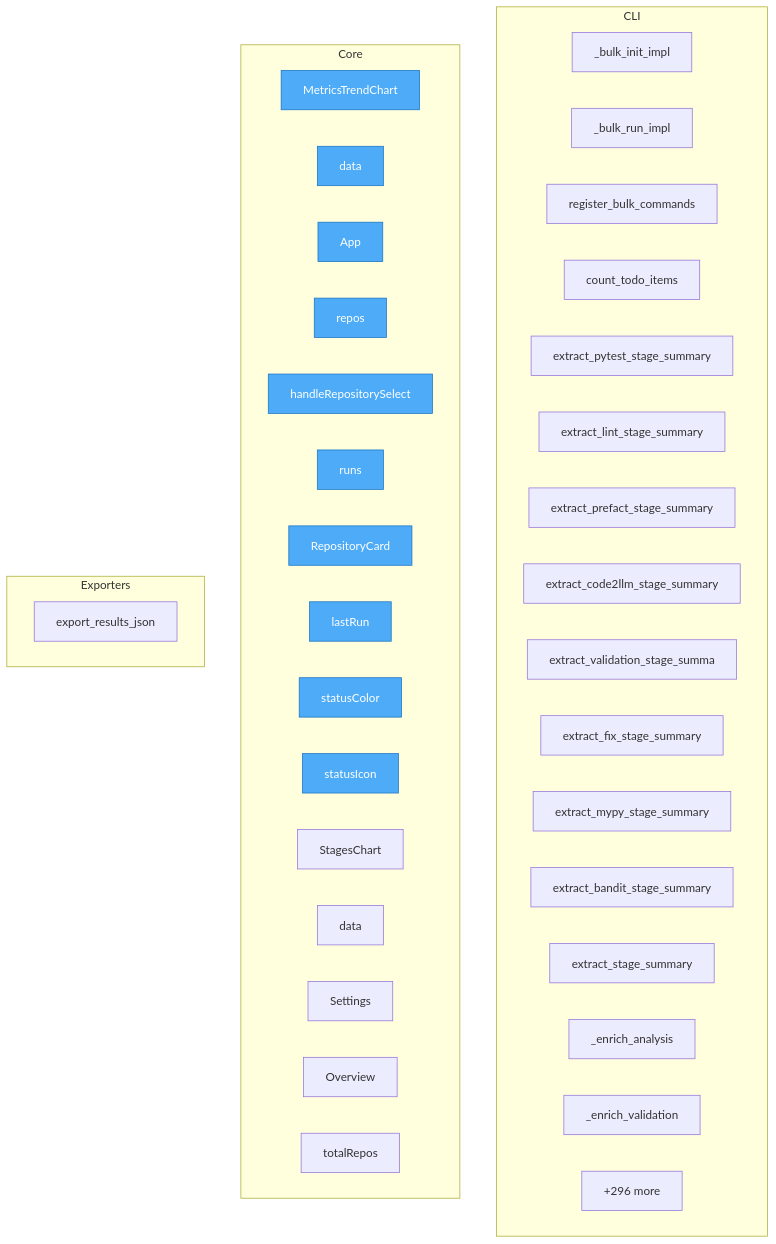
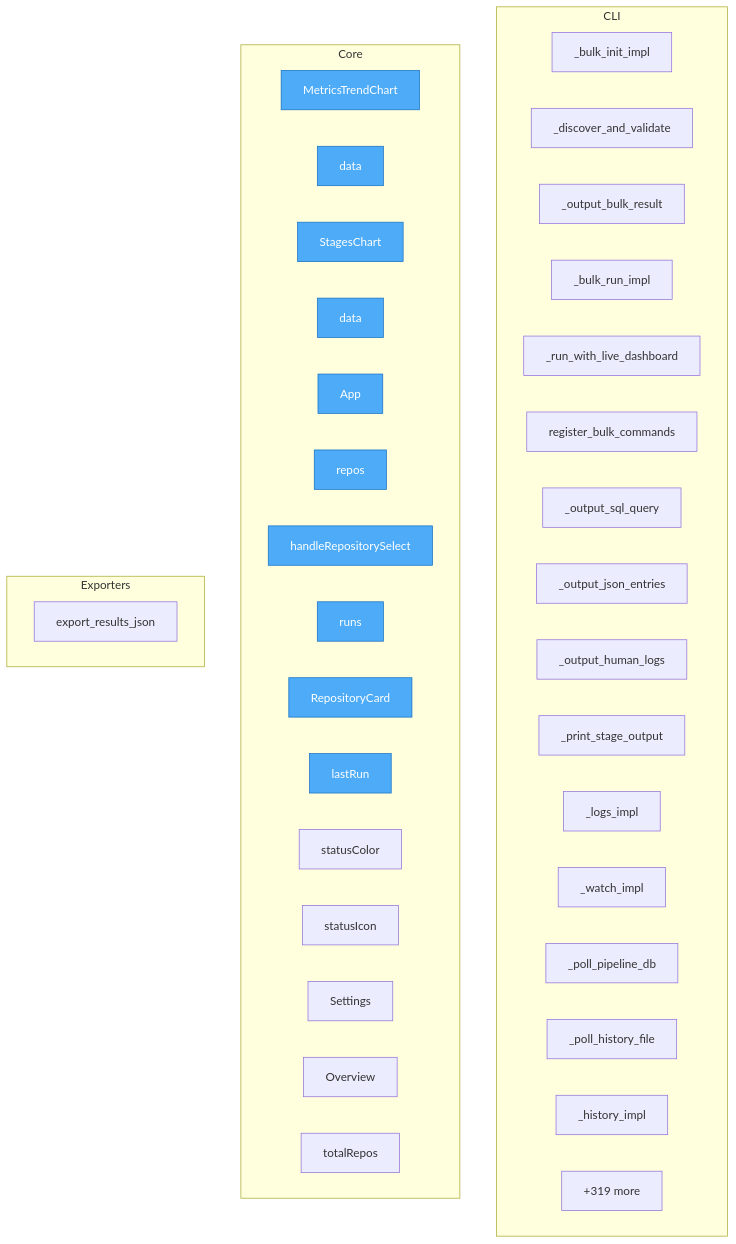
One commit to semcod/pyqual changed the diagram in project/flow.mmd. Above: the diagram before and after it, drawn with Mermaid. The commit also changed 94 other files, not shown here.

```diff
--- a/project/flow.mmd
+++ b/project/flow.mmd
@@ -1,48 +1,48 @@
 flowchart TD
 
     %% Entry points (blue)
     classDef entry fill:#4dabf7,stroke:#1971c2,color:#fff
 
     subgraph CLI
         pyqual__cli_bulk_cmds___bulk_init_impl["_bulk_init_impl"]
+        pyqual__cli_bulk_cmds___discover_and_validate["_discover_and_validate"]
+        pyqual__cli_bulk_cmds___output_bulk_result["_output_bulk_result"]
         pyqual__cli_bulk_cmds___bulk_run_impl["_bulk_run_impl"]
+        pyqual__cli_bulk_cmds___run_with_live_dashboard["_run_with_live_dashboard"]
         pyqual__cli_bulk_cmds__register_bulk_commands["register_bulk_commands"]
-        pyqual__cli_run_helpers__count_todo_items["count_todo_items"]
-        pyqual__cli_run_helpers__extract_pytest_stage_summary["extract_pytest_stage_summary"]
-        pyqual__cli_run_helpers__extract_lint_stage_summary["extract_lint_stage_summary"]
-        pyqual__cli_run_helpers__extract_prefact_stage_summary["extract_prefact_stage_summary"]
-        pyqual__cli_run_helpers__extract_code2llm_stage_summary["extract_code2llm_stage_summary"]
-        pyqual__cli_run_helpers__extract_validation_stage_summary["extract_validation_stage_summa"]
-        pyqual__cli_run_helpers__extract_fix_stage_summary["extract_fix_stage_summary"]
-        pyqual__cli_run_helpers__extract_mypy_stage_summary["extract_mypy_stage_summary"]
-        pyqual__cli_run_helpers__extract_bandit_stage_summary["extract_bandit_stage_summary"]
-        pyqual__cli_run_helpers__extract_stage_summary["extract_stage_summary"]
-        pyqual__cli_run_helpers___enrich_analysis["_enrich_analysis"]
-        pyqual__cli_run_helpers___enrich_validation["_enrich_validation"]
-        ...["+70 more"]
+        pyqual__cli_observe___output_sql_query["_output_sql_query"]
+        pyqual__cli_observe___output_json_entries["_output_json_entries"]
+        pyqual__cli_observe___output_human_logs["_output_human_logs"]
+        pyqual__cli_observe___print_stage_output["_print_stage_output"]
+        pyqual__cli_observe___logs_impl["_logs_impl"]
+        pyqual__cli_observe___watch_impl["_watch_impl"]
+        pyqual__cli_observe___poll_pipeline_db["_poll_pipeline_db"]
+        pyqual__cli_observe___poll_history_file["_poll_history_file"]
+        pyqual__cli_observe___history_impl["_history_impl"]
+        ...["+85 more"]
     end
 
     subgraph Core
         dashboard__src__components__MetricsTrendChart__MetricsTrendChart["MetricsTrendChart"]
         dashboard__src__components__MetricsTrendChart__data["data"]
+        dashboard__src__components__StagesChart__StagesChart["StagesChart"]
+        dashboard__src__components__StagesChart__data["data"]
         dashboard__src__App__App["App"]
         dashboard__src__App__repos["repos"]
         dashboard__src__App__handleRepositorySelect["handleRepositorySelect"]
         dashboard__src__App__runs["runs"]
         dashboard__src__App__RepositoryCard["RepositoryCard"]
         dashboard__src__App__lastRun["lastRun"]
         dashboard__src__App__statusColor["statusColor"]
         dashboard__src__App__statusIcon["statusIcon"]
-        dashboard__src__components__StagesChart__StagesChart["StagesChart"]
-        dashboard__src__components__StagesChart__data["data"]
         dashboard__src__components__Settings__Settings["Settings"]
         dashboard__src__components__Overview__Overview["Overview"]
         dashboard__src__components__Overview__totalRepos["totalRepos"]
-        ...["+296 more"]
+        ...["+319 more"]
     end
 
     subgraph Exporters
         pyqual__api__export_results_json["export_results_json"]
     end
 
-    class dashboard__src__components__MetricsTrendChart__MetricsTrendChart,dashboard__src__components__MetricsTrendChart__data,dashboard__src__App__App,dashboard__src__App__repos,dashboard__src__App__handleRepositorySelect,dashboard__src__App__runs,dashboard__src__App__RepositoryCard,dashboard__src__App__lastRun,dashboard__src__App__statusColor,dashboard__src__App__statusIcon entry
+    class dashboard__src__components__MetricsTrendChart__MetricsTrendChart,dashboard__src__components__MetricsTrendChart__data,dashboard__src__components__StagesChart__StagesChart,dashboard__src__components__StagesChart__data,dashboard__src__App__App,dashboard__src__App__repos,dashboard__src__App__handleRepositorySelect,dashboard__src__App__runs,dashboard__src__App__RepositoryCard,dashboard__src__App__lastRun entry
```
